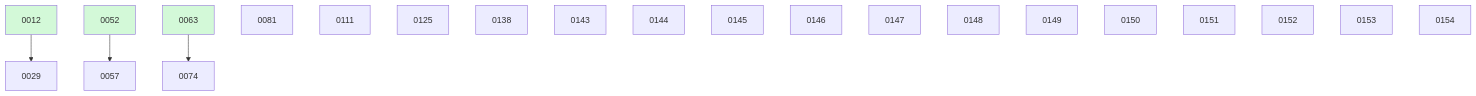
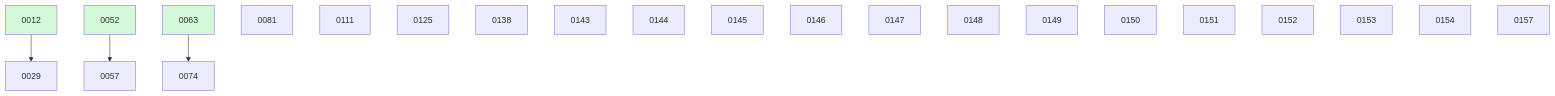
The diagram in docs/changes/BOARD.md (ethanhinson/fuse), drawn with Mermaid before and after one commit. The commit also changed other lines of this file and 1 other file, not shown here.

````diff
--- a/docs/changes/BOARD.md
+++ b/docs/changes/BOARD.md
@@ -44,26 +45,27 @@
 ```mermaid
 graph TD
   0012 --> 0029
   0052 --> 0057
   0063 --> 0074
   0081
   0111
   0125
   0138
   0143
   0144
   0145
   0146
   0147
   0148
   0149
   0150
   0151
   0152
   0153
   0154
+  0157
   0012:::done
   0052:::done
   0063:::done
   classDef done fill:#d3f9d8;
 ```
````
